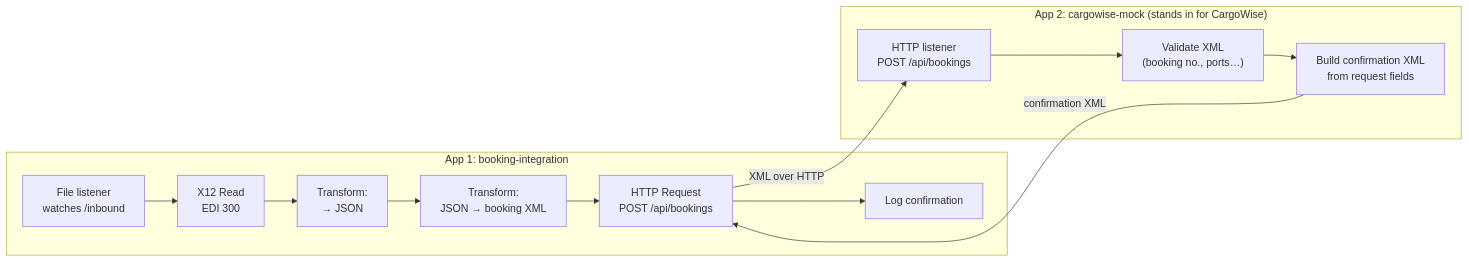
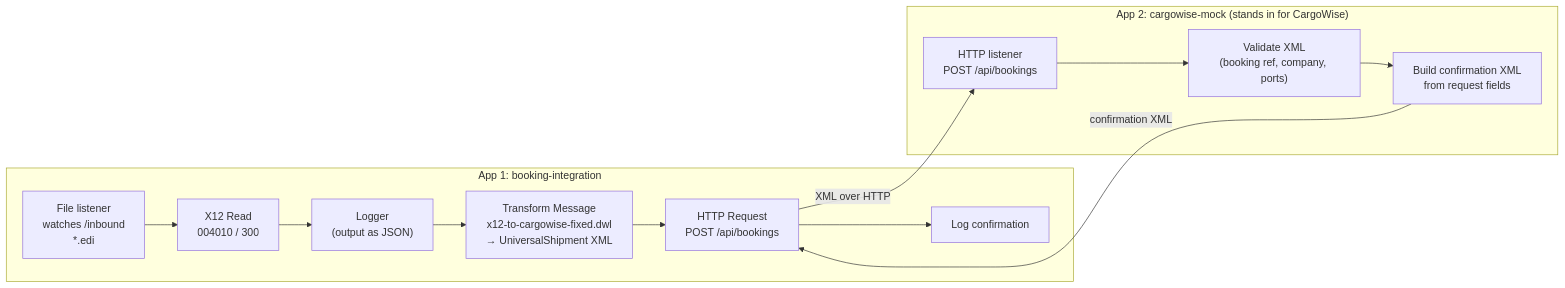
Diagram 17 of 21 in notes/part1-super-detailed.md (developerashok99/mule-project-session), drawn with Mermaid before and after one commit. The commit also changed other lines of this file and 10 other files, not shown here.

````diff
--- a/notes/part1-super-detailed.md
+++ b/notes/part1-super-detailed.md
@@ -599,16 +730,16 @@
 ```mermaid
 flowchart LR
     subgraph APP1["App 1: booking-integration"]
-        A["File listener<br/>watches /inbound"] --> B["X12 Read<br/>EDI 300"]
-        B --> C["Transform:<br/>→ JSON"]
-        C --> D["Transform:<br/>JSON → booking XML"]
+        A["File listener<br/>watches /inbound<br/>*.edi"] --> B["X12 Read<br/>004010 / 300"]
+        B --> L["Logger<br/>(output as JSON)"]
+        L --> D["Transform Message<br/>x12-to-cargowise-fixed.dwl<br/>→ UniversalShipment XML"]
         D --> E["HTTP Request<br/>POST /api/bookings"]
         E --> F["Log confirmation"]
     end
     subgraph APP2["App 2: cargowise-mock (stands in for CargoWise)"]
-        G["HTTP listener<br/>POST /api/bookings"] --> H["Validate XML<br/>(booking no., ports…)"]
+        G["HTTP listener<br/>POST /api/bookings"] --> H["Validate XML<br/>(booking ref, company, ports)"]
         H --> I["Build confirmation XML<br/>from request fields"]
     end
     E -->|"XML over HTTP"| G
     I -->|"confirmation XML"| E
 ```
````
